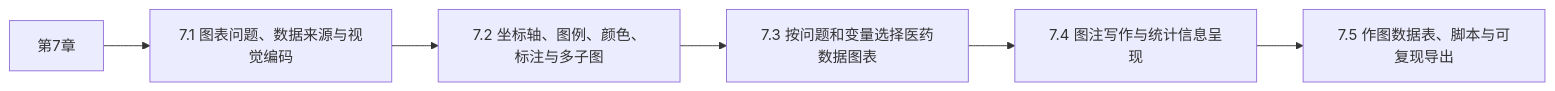
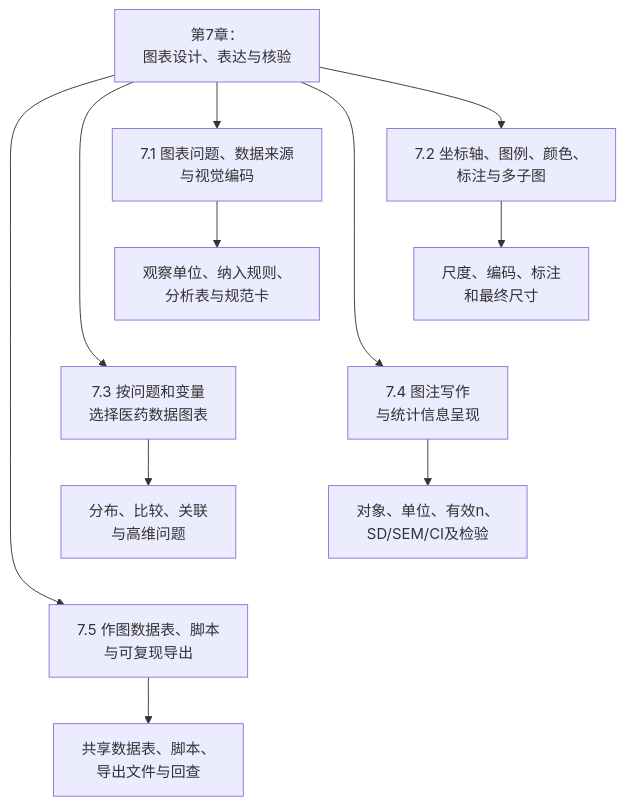
The fourth of 4 diagrams in docs/chapters/chapter-7/index.md (luvega/AI_MED_DataVis), drawn with Mermaid before and after one commit. The commit also changed other lines of this file and 30 other files, not shown here.

Commit message:
Redraw textbook diagrams and correct data-flow relationships

````diff
--- a/docs/chapters/chapter-7/index.md
+++ b/docs/chapters/chapter-7/index.md
@@ -787,8 +790,17 @@
 ```mermaid
-flowchart LR
-  R["第7章"] --> N1["7.1 图表问题、数据来源与视觉编码"]
-  N1["7.1 图表问题、数据来源与视觉编码"] --> N2["7.2 坐标轴、图例、颜色、标注与多子图"]
-  N2["7.2 坐标轴、图例、颜色、标注与多子图"] --> N3["7.3 按问题和变量选择医药数据图表"]
-  N3["7.3 按问题和变量选择医药数据图表"] --> N4["7.4 图注写作与统计信息呈现"]
-  N4["7.4 图注写作与统计信息呈现"] --> N5["7.5 作图数据表、脚本与可复现导出"]
+flowchart TD
+  R["第7章：<br/>图表设计、表达与核验"] --> N1["7.1 图表问题、数据来源<br/>与视觉编码"]
+  R --> N2["7.2 坐标轴、图例、颜色、<br/>标注与多子图"]
+  R --> N3["7.3 按问题和变量<br/>选择医药数据图表"]
+  R --> N4["7.4 图注写作<br/>与统计信息呈现"]
+  R --> N5["7.5 作图数据表、脚本<br/>与可复现导出"]
+  N1 --> K1["观察单位、纳入规则、<br/>分析表与规范卡"]
+  N2 --> K2["尺度、编码、标注<br/>和最终尺寸"]
+  N3 --> K3["分布、比较、关联<br/>与高维问题"]
+  N4 --> K4["对象、单位、有效n、<br/>SD/SEM/CI及检验"]
+  N5 --> K5["共享数据表、脚本、<br/>导出文件与回查"]
+  K1 ~~~ N3
+  K2 ~~~ N4
+  K3 ~~~ N5
+  K4 ~~~ N5
 ```
````
